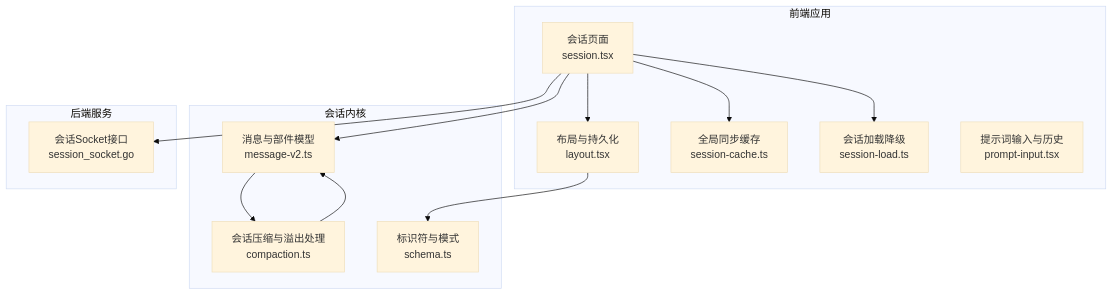
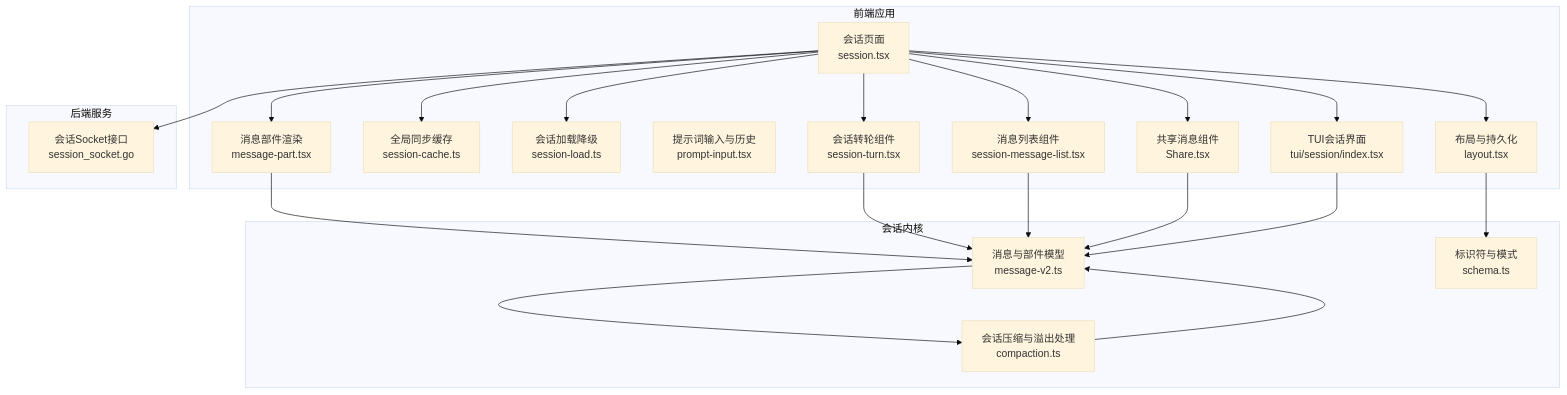
The first of 11 diagrams in .lingma/repowiki/zh/content/核心概念/会话管理系统.md (89780012/opencode), drawn with Mermaid (base theme) before and after one commit. The commit also changed other lines of this file and 1 other file, not shown here.

````diff
--- a/.lingma/repowiki/zh/content/核心概念/会话管理系统.md
+++ b/.lingma/repowiki/zh/content/核心概念/会话管理系统.md
@@ -44,26 +59,40 @@
 ```mermaid
 graph TB
 subgraph "前端应用"
 A["会话页面<br/>session.tsx"]
 B["布局与持久化<br/>layout.tsx"]
 C["全局同步缓存<br/>session-cache.ts"]
 D["会话加载降级<br/>session-load.ts"]
 E["提示词输入与历史<br/>prompt-input.tsx"]
+F["消息部件渲染<br/>message-part.tsx"]
+G["会话转轮组件<br/>session-turn.tsx"]
+H["消息列表组件<br/>session-message-list.tsx"]
+I["共享消息组件<br/>Share.tsx"]
+J["TUI会话界面<br/>tui/session/index.tsx"]
 end
 subgraph "会话内核"
-F["消息与部件模型<br/>message-v2.ts"]
-G["会话压缩与溢出处理<br/>compaction.ts"]
-H["标识符与模式<br/>schema.ts"]
+K["消息与部件模型<br/>message-v2.ts"]
+L["会话压缩与溢出处理<br/>compaction.ts"]
+M["标识符与模式<br/>schema.ts"]
 end
 subgraph "后端服务"
-I["会话Socket接口<br/>session_socket.go"]
+N["会话Socket接口<br/>session_socket.go"]
 end
 A --> B
 A --> C
 A --> D
 A --> F
-F --> G
-G --> F
+A --> G
+A --> H
 A --> I
-B --> H
+A --> J
+F --> K
+G --> K
+H --> K
+I --> K
+J --> K
+K --> L
+L --> K
+A --> N
+B --> M
 ```
````
